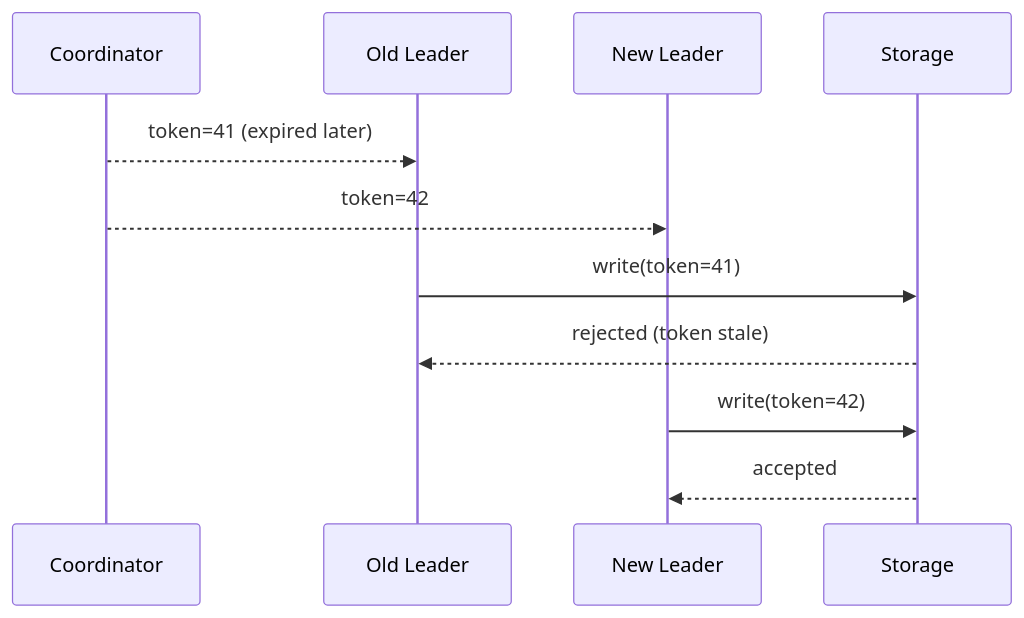
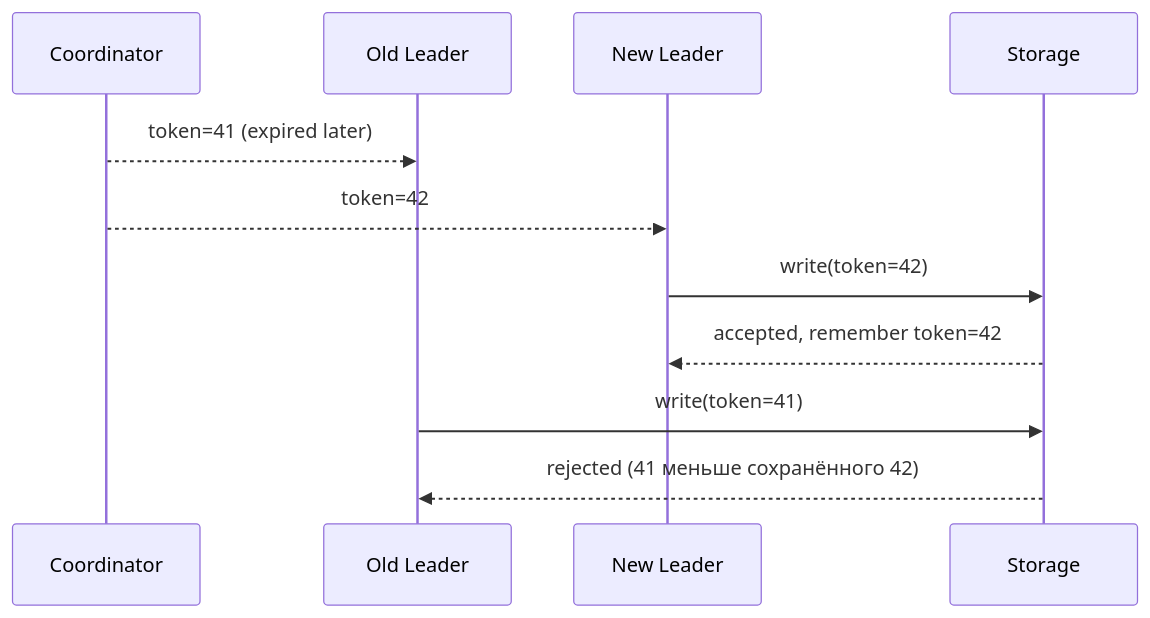
Before and after one commit to dzmitry-ramaniuk/development-info-collector: the third of 4 diagrams in system design/13-consensus-и-распределенная-координация.md, drawn with Mermaid. The commit also changed other lines of this file and 77 other files, not shown here.

````diff
--- a/system design/13-consensus-и-распределенная-координация.md
+++ b/system design/13-consensus-и-распределенная-координация.md
@@ -86,14 +86,14 @@
 ```mermaid
 sequenceDiagram
     participant Coord as Coordinator
     participant L1 as Old Leader
     participant L2 as New Leader
     participant DB as Storage
 
     Coord-->>L1: token=41 (expired later)
     Coord-->>L2: token=42
+    L2->>DB: write(token=42)
+    DB-->>L2: accepted, remember token=42
     L1->>DB: write(token=41)
-    DB-->>L1: rejected (token stale)
-    L2->>DB: write(token=42)
-    DB-->>L2: accepted
+    DB-->>L1: rejected (41 меньше сохранённого 42)
 ```
````
